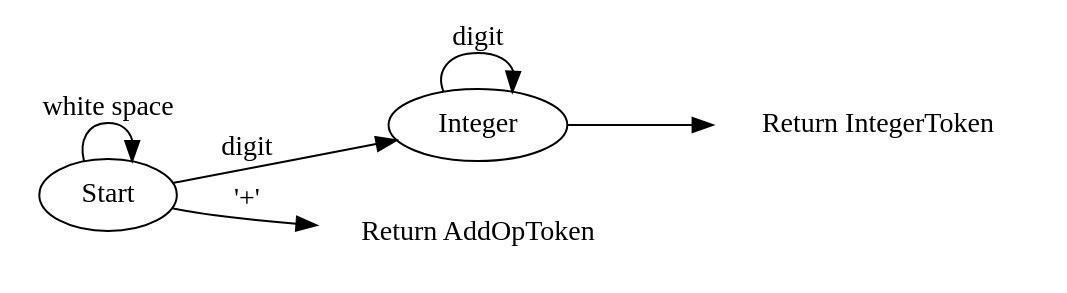
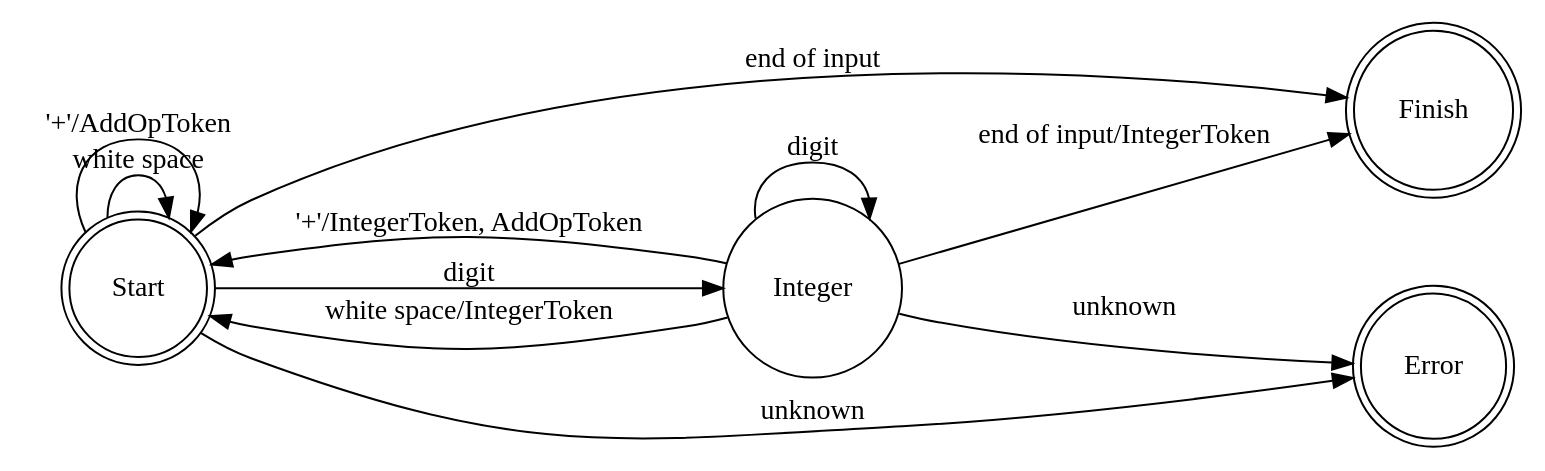
Before and after one commit to nau-comp3320/homework01: the diagram in example02.dot, drawn with Graphviz. The commit also changed 1 other file, not shown here.

Commit message:
Update FSM diagram

```diff
--- a/example02.dot
+++ b/example02.dot
@@ -1,14 +1,22 @@
 digraph G {
   rankdir = LR;
+  node [shape="circle"];
+
 
   Start -> Start [label = "white space"];
 
   Start -> Integer [label = "digit"];
   Integer -> Integer [label = "digit"];
+  Integer -> Start [label="white space/IntegerToken"];
+  Integer -> Finish [label="end of input/IntegerToken"];
 
-  Integer -> IntegerToken;
-  IntegerToken [shape="plaintext"; label="Return IntegerToken"];
+  Start, Integer -> Error  [label="unknown"];
 
-  Start -> AddOpToken [label = "'+'"];
-  AddOpToken [shape="plaintext"; label="Return AddOpToken"];
+  Start -> Finish [label="end of input"];
+
+  Start, Error, Finish [shape="doublecircle"];
+
+  Start -> Start [label="'+'/AddOpToken"];
+
+  Integer -> Start [label="'+'/IntegerToken, AddOpToken"];
 }
```
